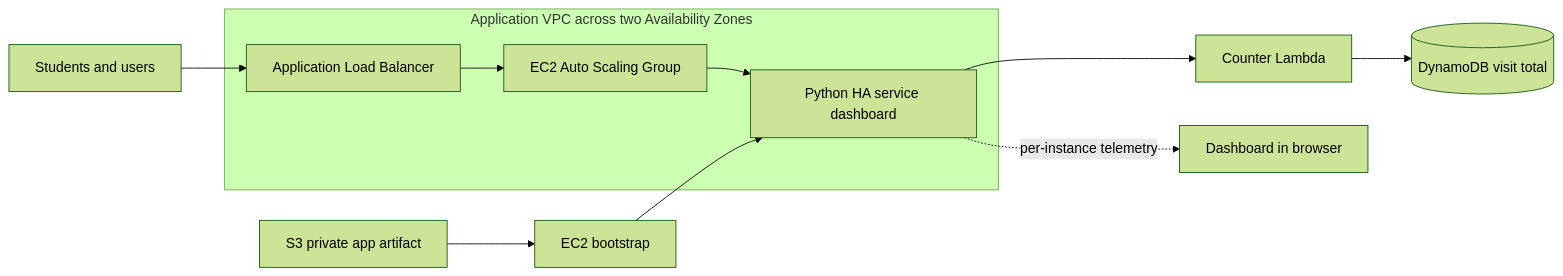
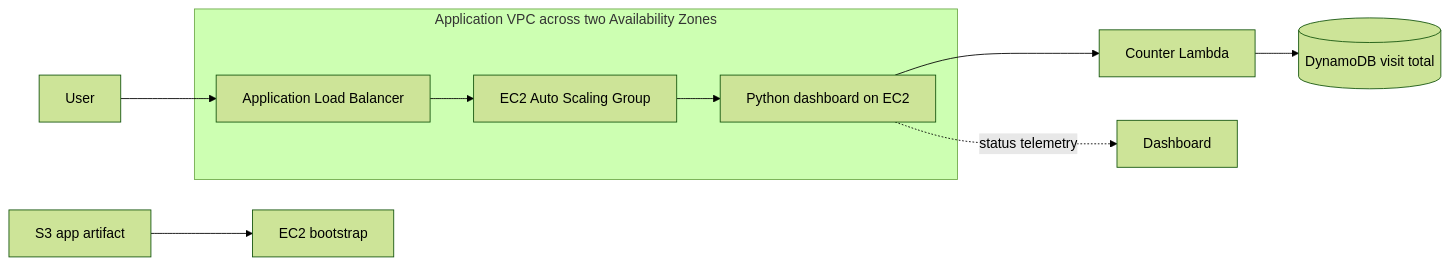
The first of 4 diagrams in README.md (atulkamble/aws-highly-available-webapp), drawn with Mermaid (forest theme) before and after one commit. The commit also changed other lines of this file and 1 other file, not shown here.

````diff
--- a/README.md
+++ b/README.md
@@ -9,17 +29,16 @@
 ```mermaid
 flowchart LR
-    User[Students and users] --> ALB[Application Load Balancer]
+    User[User] --> ALB[Application Load Balancer]
     ALB --> ASG[EC2 Auto Scaling Group]
-    ASG --> Web[Python HA service dashboard]
+    ASG --> Web[Python dashboard on EC2]
     Web --> Counter[Counter Lambda]
     Counter --> Visits[(DynamoDB visit total)]
-    Web -. per-instance telemetry .-> Browser[Dashboard in browser]
-    Artifact[S3 private app artifact] --> EC2[EC2 bootstrap]
-    EC2 --> Web
+    Artifact[S3 app artifact] --> EC2[EC2 bootstrap]
+    Web -. status telemetry .-> Browser[Dashboard]
 
     subgraph VPC[Application VPC across two Availability Zones]
         ALB
         ASG
         Web
     end
 ```
````
